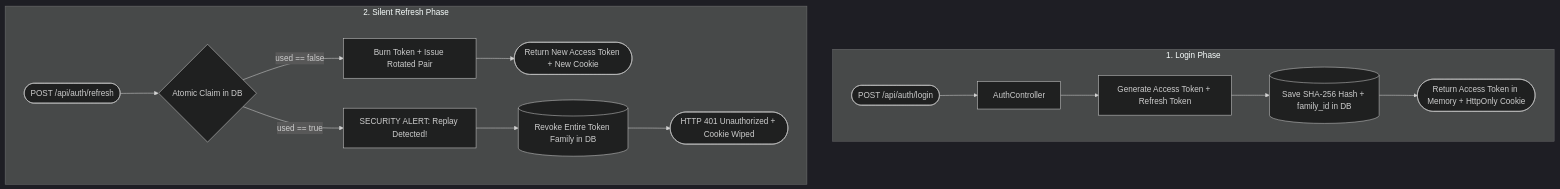
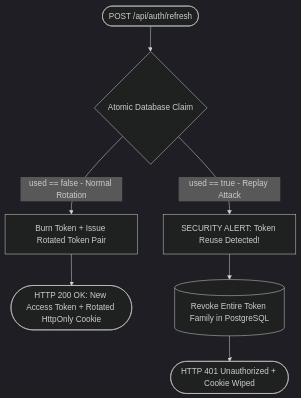
One commit to asyncsourav/quicktix changed the fourth of 4 diagrams in architecture/master-workflow.md. Above: the diagram before and after it, drawn with Mermaid (dark theme). The commit also changed other lines of this file and 9 other files, not shown here.

First line of the commit message:
Refactor distributed caching and rate limiting architecture; enhance fail-open resilience and implement comprehensive benchmarking scripts

````diff
--- a/architecture/master-workflow.md
+++ b/architecture/master-workflow.md
@@ -123,18 +115,9 @@
 ```mermaid
 flowchart TD
-    subgraph Login [1. Login Phase]
-        AuthReq([POST /api/auth/login]) --> AuthCtrl[AuthController]
-        AuthCtrl --> GenTokens[Generate Access Token + Refresh Token]
-        GenTokens --> SaveHash[(Save SHA-256 Hash + family_id in DB)]
-        SaveHash --> AuthResp([Return Access Token in Memory + HttpOnly Cookie])
-    end
-
-    subgraph Refresh [2. Silent Refresh Phase]
-        RefReq([POST /api/auth/refresh]) --> CheckClaim{Atomic Claim in DB}
-        CheckClaim -->|used == false| Rotate[Burn Token + Issue Rotated Pair]
-        Rotate --> RefResp([Return New Access Token + New Cookie])
-        CheckClaim -->|used == true| Trap[SECURITY ALERT: Replay Detected!]
-        Trap --> Revoke[(Revoke Entire Token Family in DB)]
-        Revoke --> Wipe([HTTP 401 Unauthorized + Cookie Wiped])
-    end
+    RefReq([POST /api/auth/refresh]) --> CheckClaim{Atomic Database Claim}
+    CheckClaim -->|used == false - Normal Rotation| Rotate[Burn Token + Issue Rotated Token Pair]
+    Rotate --> RefResp([HTTP 200 OK: New Access Token + Rotated HttpOnly Cookie])
+    CheckClaim -->|used == true - Replay Attack| Trap[SECURITY ALERT: Token Reuse Detected!]
+    Trap --> Revoke[(Revoke Entire Token Family in PostgreSQL)]
+    Revoke --> Wipe([HTTP 401 Unauthorized + Cookie Wiped])
 ```
````
